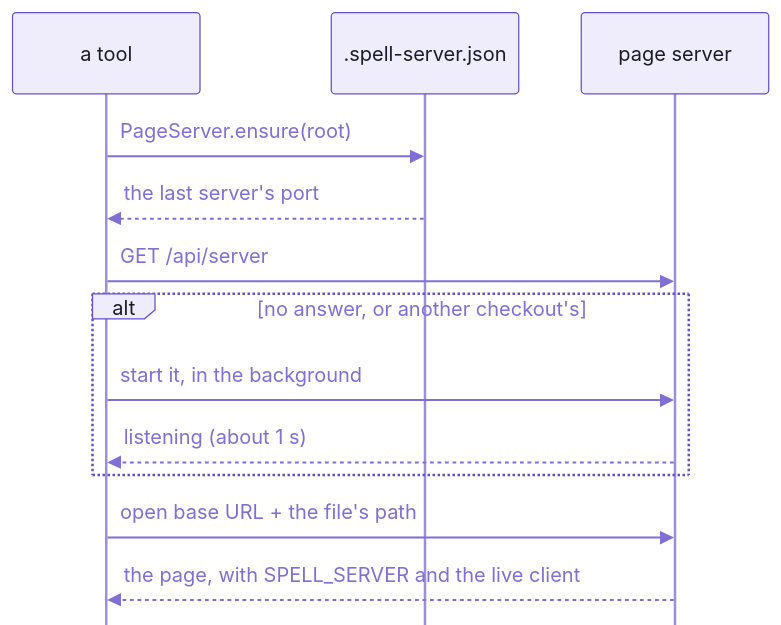
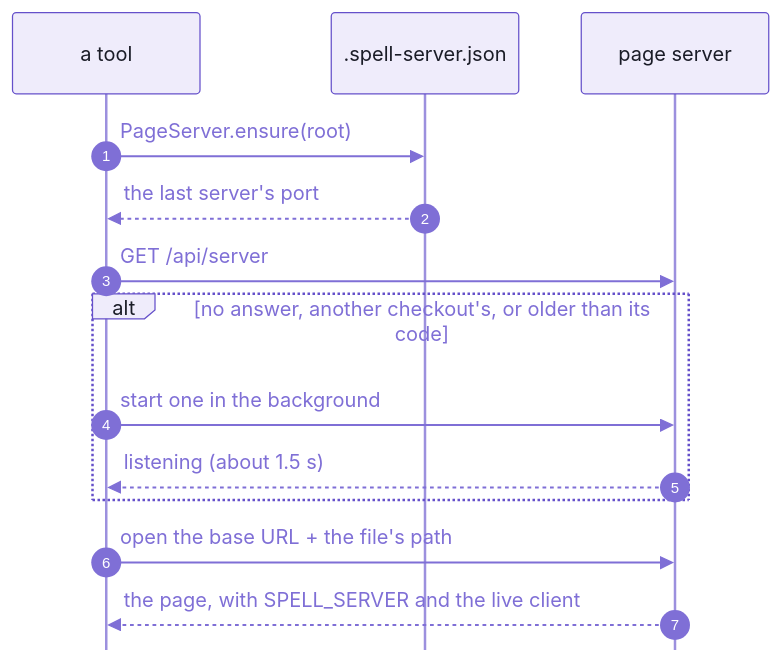
Before and after one commit to spell-app/spell: the second of 6 diagrams in README-server.md, drawn with Mermaid. The commit also changed other lines of this file and 12 other files, not shown here.

````diff
--- a/README-server.md
+++ b/README-server.md
@@ -65,16 +179,17 @@
 ```mermaid
 %%{init: {"theme":"base","themeVariables":{"fontFamily":"-apple-system, BlinkMacSystemFont, Segoe UI, Helvetica, Arial, sans-serif","fontSize":"15px","primaryColor":"#EFECFB","primaryBorderColor":"#6550CA","primaryTextColor":"#1A1C27","secondaryColor":"#F4F1E9","tertiaryColor":"#F7F6FC","lineColor":"#7F6FD6","textColor":"#7F6FD6","clusterBkg":"#F7F6FC","clusterBorder":"#B9B0E8","titleColor":"#1A1C27","edgeLabelBackground":"#F7F6FC","actorBkg":"#EFECFB","actorBorder":"#6550CA","actorTextColor":"#1A1C27","actorLineColor":"#9C90DE","signalColor":"#7F6FD6","signalTextColor":"#7F6FD6","labelBoxBkgColor":"#EFECFB","labelBoxBorderColor":"#6550CA","labelTextColor":"#1A1C27","loopTextColor":"#7F6FD6","noteBkgColor":"#F1E7D4","noteBorderColor":"#C9B48A","noteTextColor":"#1A1C27","activationBkgColor":"#DCD6F7","activationBorderColor":"#6550CA","sequenceNumberColor":"#FFFFFF"},"sequence":{"mirrorActors":false,"messageAlign":"left","noteAlign":"left"}}}%%
 sequenceDiagram
+  autonumber
   participant tool as a tool
   participant pid as .spell-server.json
   participant server as page server
   tool->>pid: PageServer.ensure(root)
   pid-->>tool: the last server's port
   tool->>server: GET /api/server
-  alt no answer, or another checkout's
-    tool->>server: start it, in the background
-    server-->>tool: listening (about 1 s)
+  alt no answer, another checkout's, or older than its code
+    tool->>server: start one in the background
+    server-->>tool: listening (about 1.5 s)
   end
-  tool->>server: open base URL + the file's path
+  tool->>server: open the base URL + the file's path
   server-->>tool: the page, with SPELL_SERVER and the live client
 ```
````
